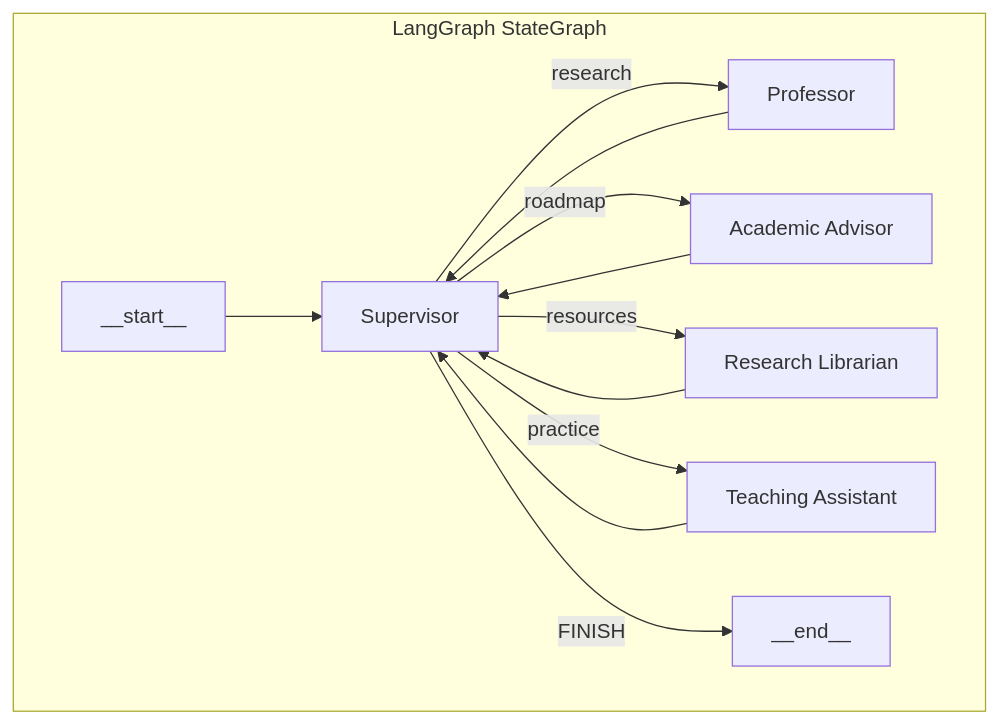
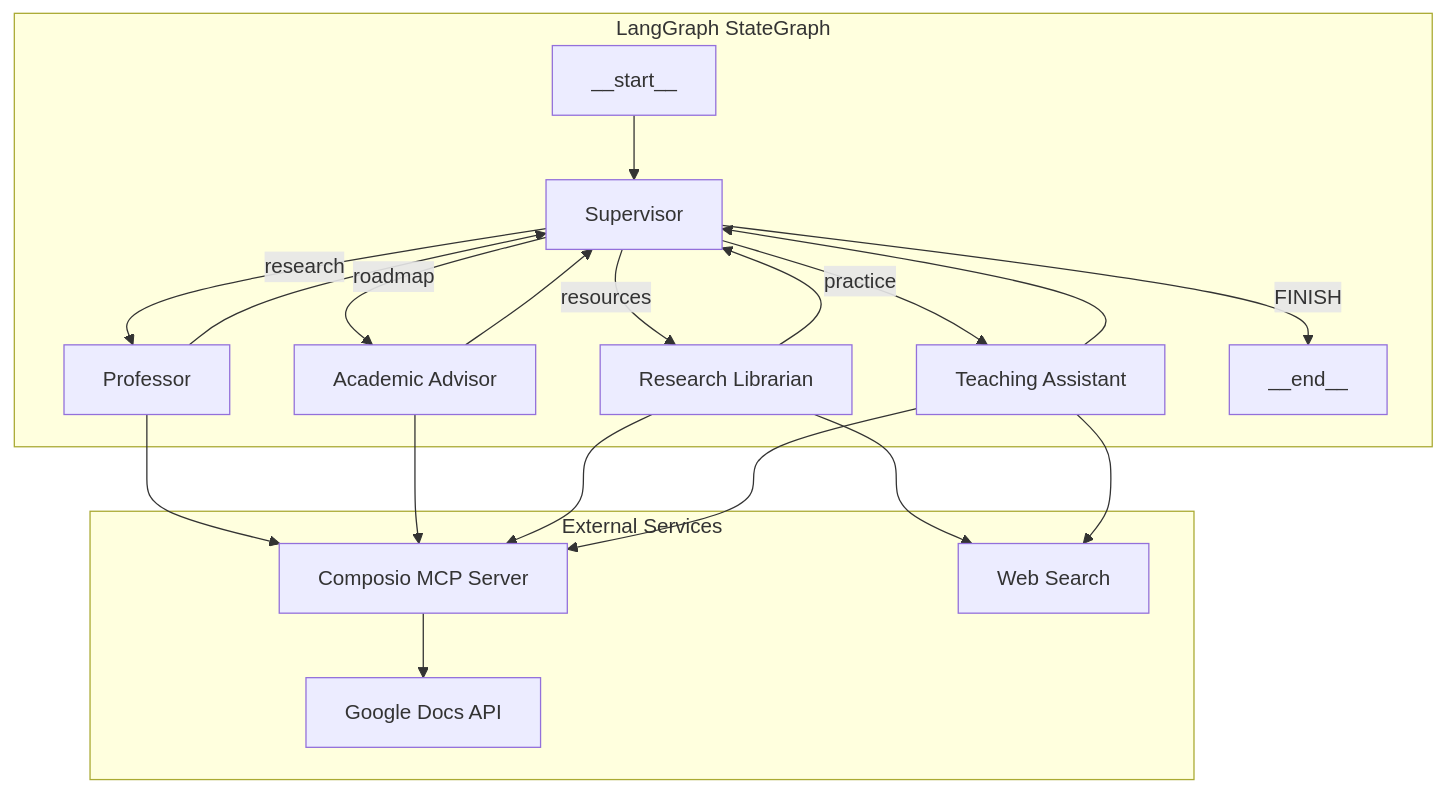
Before and after one commit to Sim-Security/ai-teaching-agent-team: the diagram in README.md, drawn with Mermaid. The commit also changed other lines of this file, not shown here.

Commit message:
Update README with MCP integration docs

````diff
--- a/README.md
+++ b/README.md
@@ -24,17 +25,31 @@
 ```mermaid
 graph TB
     subgraph "LangGraph StateGraph"
         Start["__start__"] --> Supervisor["Supervisor"]
         Supervisor -->|"research"| Professor["Professor"]
         Supervisor -->|"roadmap"| Advisor["Academic Advisor"]
         Supervisor -->|"resources"| Librarian["Research Librarian"]
         Supervisor -->|"practice"| TA["Teaching Assistant"]
         
         Professor --> Supervisor
         Advisor --> Supervisor
         Librarian --> Supervisor
         TA --> Supervisor
         
         Supervisor -->|"FINISH"| End["__end__"]
     end
+    
+    subgraph "External Services"
+        MCP["Composio MCP Server"]
+        GDocs["Google Docs API"]
+        Search["Web Search"]
+    end
+    
+    Professor --> MCP
+    Advisor --> MCP
+    Librarian --> MCP
+    TA --> MCP
+    MCP --> GDocs
+    Librarian --> Search
+    TA --> Search
 ```
````
